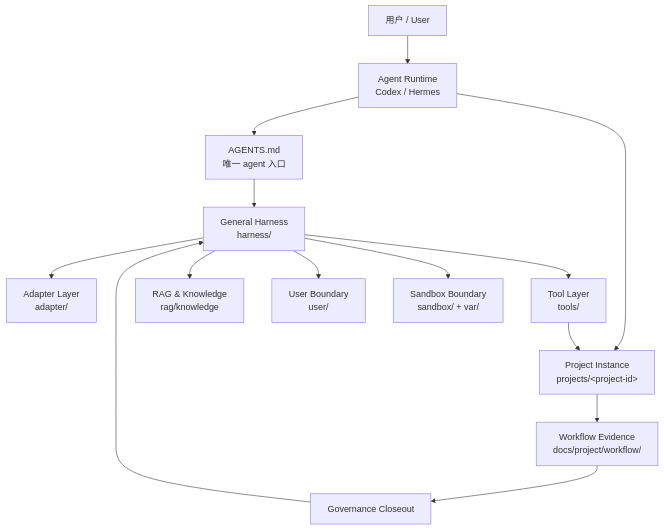
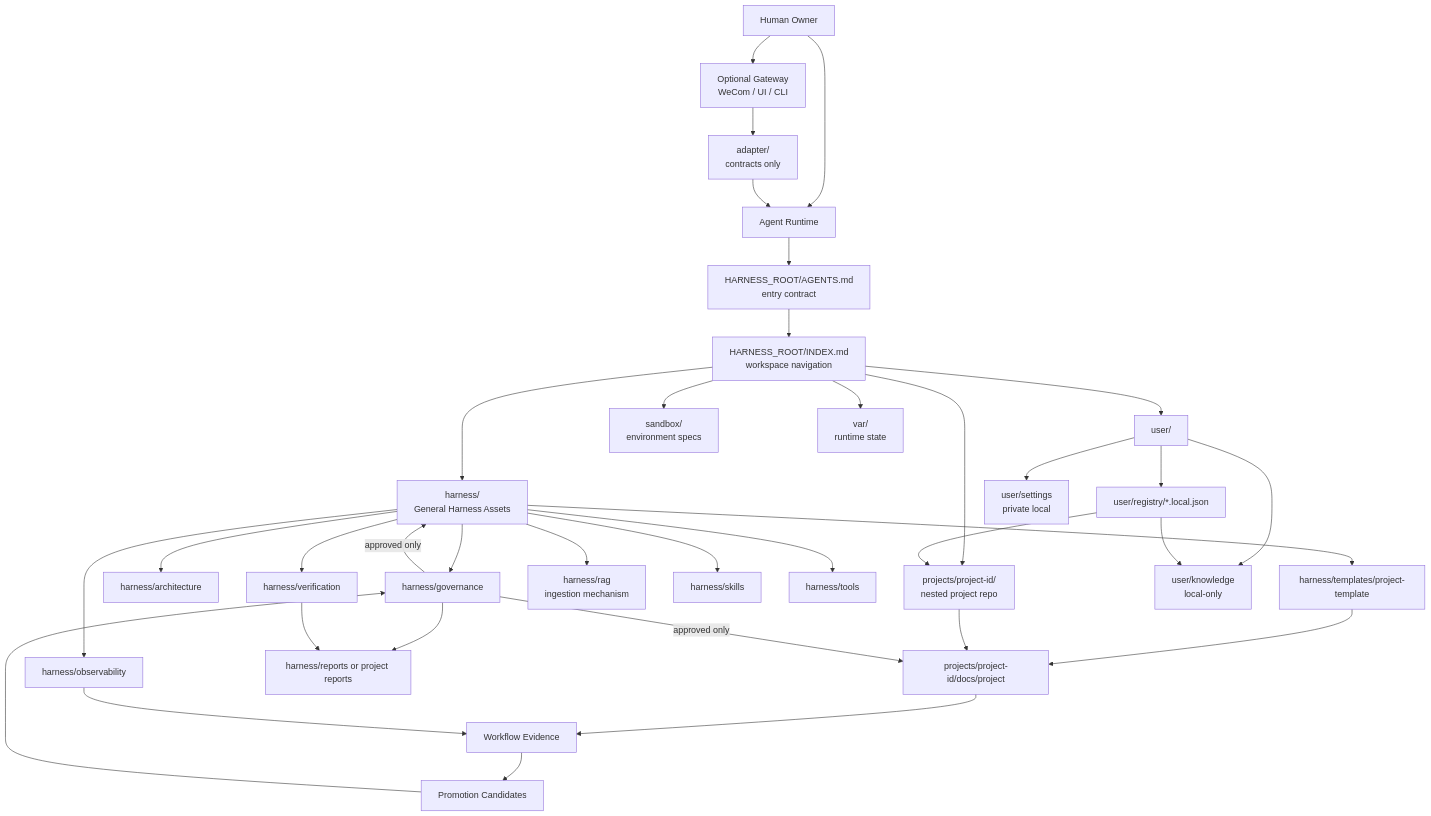
The first of 7 diagrams in harness/architecture/HarnessEngineering.md (KKT-OPT/Free-Harness-World), drawn with Mermaid before and after one commit. The commit also changed other lines of this file and 211 other files, not shown here.

````diff
--- a/harness/architecture/HarnessEngineering.md
+++ b/harness/architecture/HarnessEngineering.md
@@ -69,16 +358,45 @@
 ```mermaid
 flowchart TB
-    User["用户 / User"] --> Agent["Agent Runtime<br/>Codex / Hermes"]
-    Agent --> Entry["AGENTS.md<br/>唯一 agent 入口"]
-    Entry --> Harness["General Harness<br/>harness/"]
-    Harness --> Adapter["Adapter Layer<br/>adapter/"]
-    Harness --> Tools["Tool Layer<br/>tools/"]
-    Harness --> RAG["RAG & Knowledge<br/>rag/knowledge"]
-    Harness --> UserLayer["User Boundary<br/>user/"]
-    Harness --> Sandbox["Sandbox Boundary<br/>sandbox/ + var/"]
-    Agent --> Project["Project Instance<br/>projects/&lt;project-id&gt;"]
-    Tools --> Project
-    Project --> Evidence["Workflow Evidence<br/>docs/project/workflow/"]
-    Evidence --> Governance["Governance Closeout"]
-    Governance --> Harness
+    Owner["Human Owner"] --> Runtime["Agent Runtime"]
+    Owner --> OptionalGateway["Optional Gateway<br/>WeCom / UI / CLI"]
+    OptionalGateway --> Adapter["adapter/<br/>contracts only"]
+    Adapter --> Runtime
+
+    Runtime --> Entry["HARNESS_ROOT/AGENTS.md<br/>entry contract"]
+    Entry --> RootIndex["HARNESS_ROOT/INDEX.md<br/>workspace navigation"]
+
+    RootIndex --> Harness["harness/<br/>General Harness Assets"]
+    RootIndex --> UserBoundary["user/"]
+    RootIndex --> ProjectMount["projects/project-id/<br/>nested project repo"]
+    RootIndex --> Sandbox["sandbox/<br/>environment specs"]
+    RootIndex --> Var["var/<br/>runtime state"]
+
+    Harness --> Architecture["harness/architecture"]
+    Harness --> Governance["harness/governance"]
+    Harness --> ProjectTemplate["harness/templates/project-template"]
+    Harness --> RAGMechanism["harness/rag<br/>ingestion mechanism"]
+    Harness --> Skills["harness/skills"]
+    Harness --> Tools["harness/tools"]
+    Harness --> Verification["harness/verification"]
+    Harness --> Observability["harness/observability"]
+
+    UserBoundary --> Registry["user/registry/*.local.json"]
+    UserBoundary --> UserKnowledge["user/knowledge<br/>local-only"]
+    UserBoundary --> Settings["user/settings<br/>private local"]
+
+    Registry --> ProjectMount
+    Registry --> UserKnowledge
+
+    ProjectTemplate --> ProjectDocs["projects/project-id/docs/project"]
+    ProjectMount --> ProjectDocs
+
+    ProjectDocs --> Evidence["Workflow Evidence"]
+    Evidence --> Candidates["Promotion Candidates"]
+
+    Candidates --> Governance
+    Governance --> Reports["harness/reports or project reports"]
+    Governance -->|approved only| Harness
+    Governance -->|approved only| ProjectDocs
+    Verification --> Reports
+    Observability --> Evidence
 ```
````
